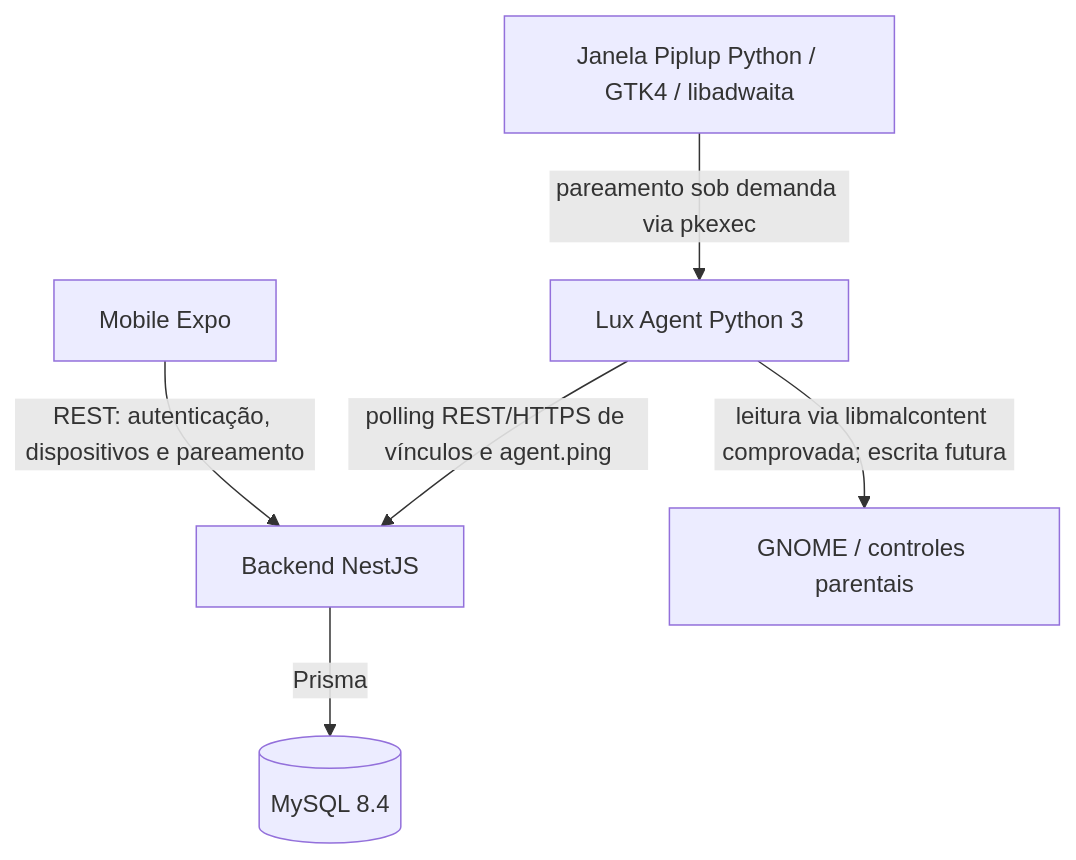
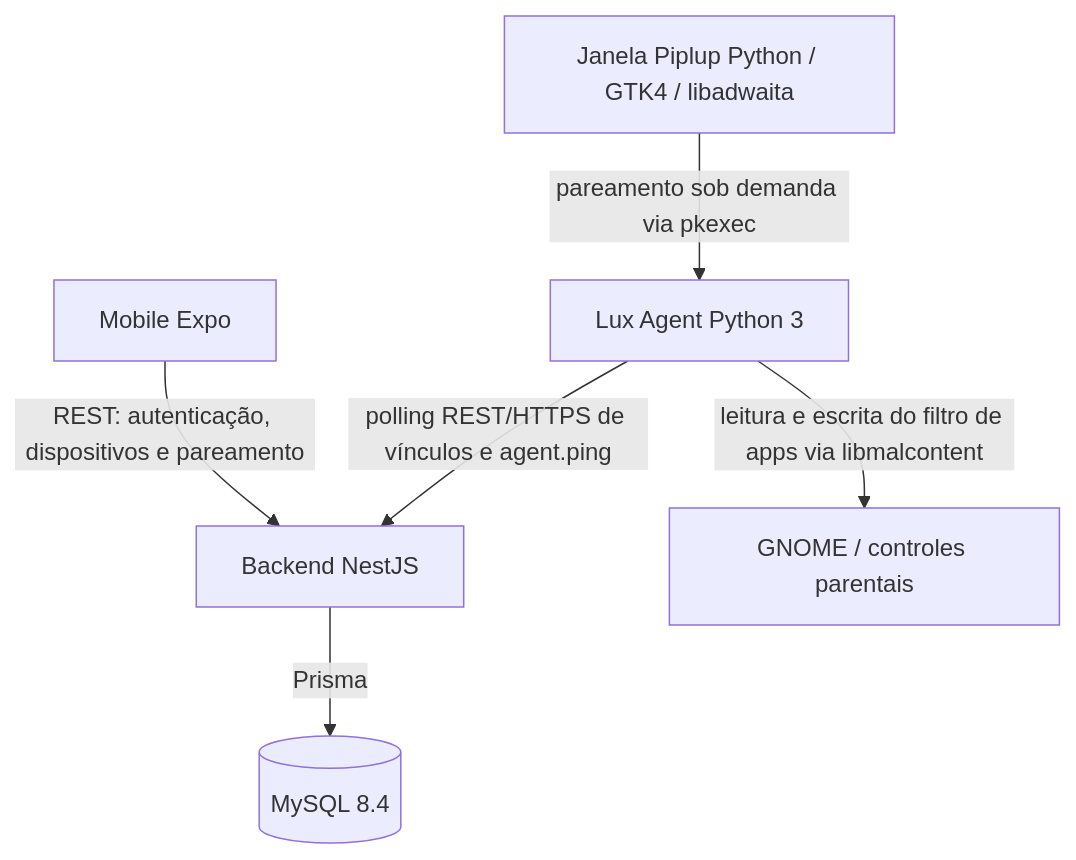
Before and after one commit to cfrans/Projeto-Integrador-FatecID-5Sem: the diagram in docs/architecture.md, drawn with Mermaid. The commit also changed other lines of this file and 18 other files, not shown here.

````diff
--- a/docs/architecture.md
+++ b/docs/architecture.md
@@ -5,8 +5,8 @@
 ```mermaid
 flowchart TD
     M[Mobile Expo] -->|REST: autenticação, dispositivos e pareamento| B[Backend NestJS]
     A[Lux Agent Python 3] -->|polling REST/HTTPS de vínculos e agent.ping| B[Backend NestJS]
-    A -->|leitura via libmalcontent comprovada; escrita futura| G[GNOME / controles parentais]
+    A -->|leitura e escrita do filtro de apps via libmalcontent| G[GNOME / controles parentais]
     B -->|Prisma| D[(MySQL 8.4)]
     U[Janela Piplup Python / GTK4 / libadwaita] -->|pareamento sob demanda via pkexec| A
 ```
````
